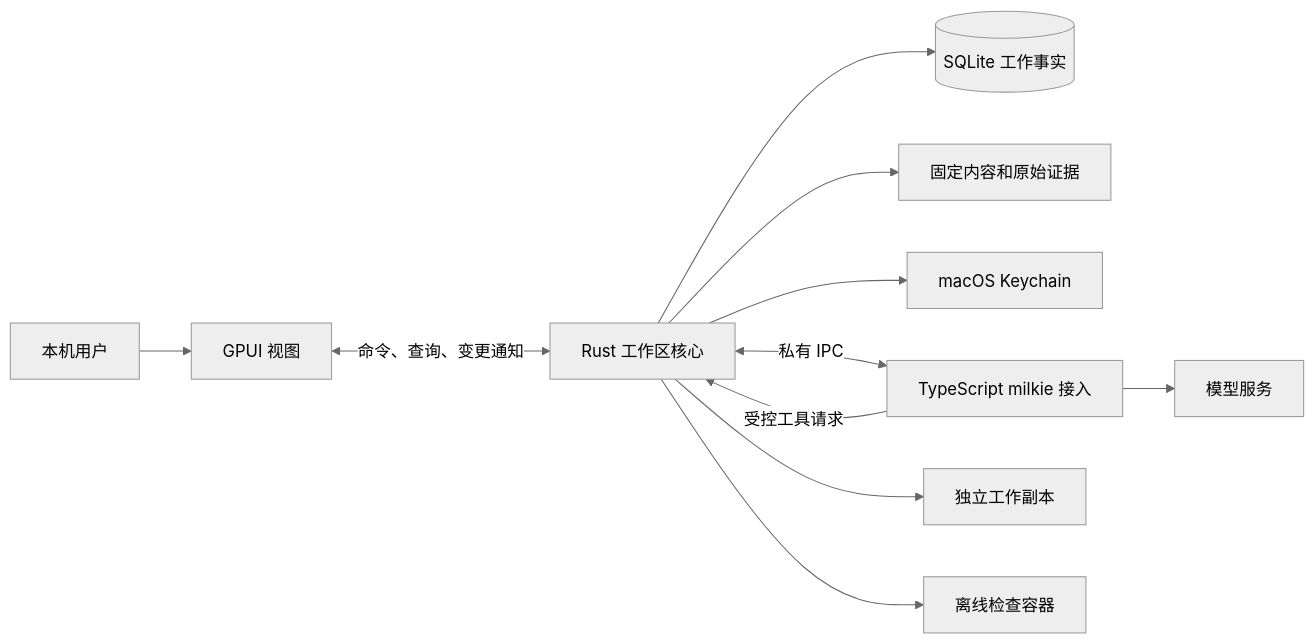
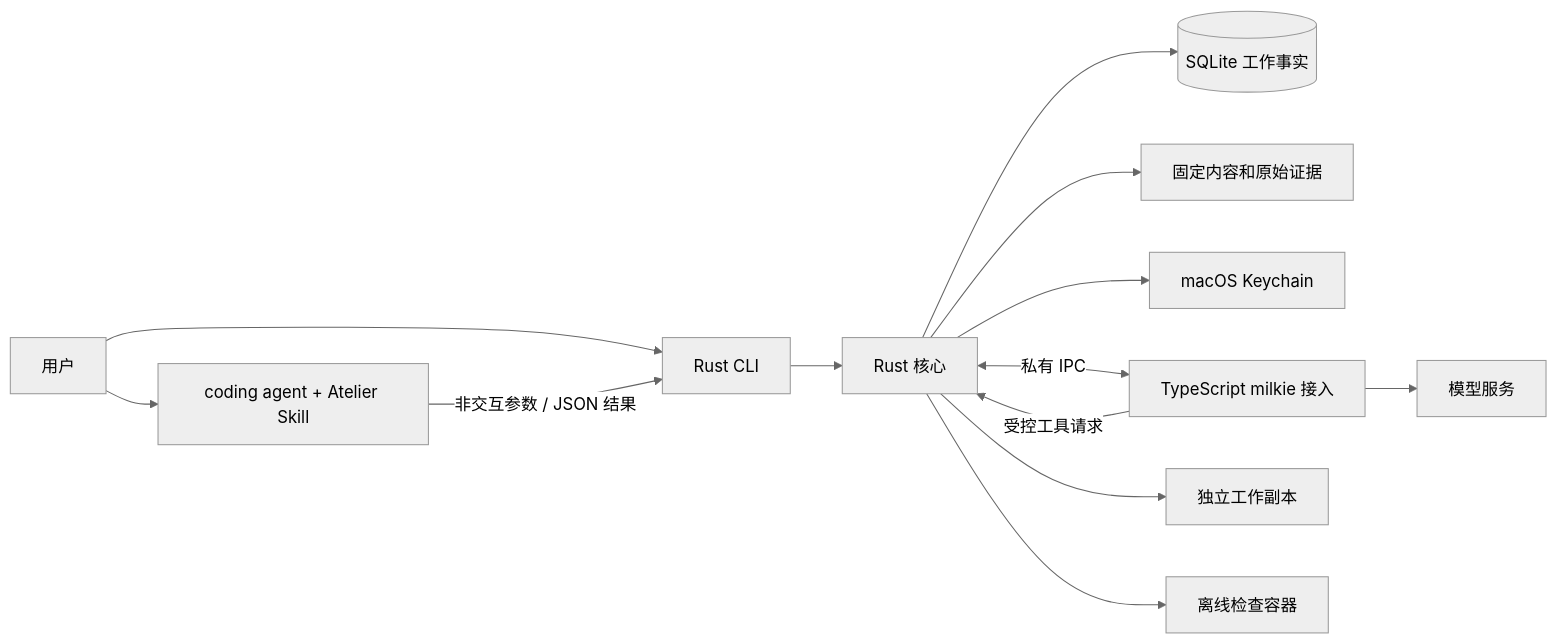
One commit to xforce-io/atelier changed the diagram in docs/design/1-first-team-delivery/technical.md. Above: the diagram before and after it, drawn with Mermaid (neutral theme). The commit also changed other lines of this file and 15 other files, not shown here.

Commit message:
【设计】首项交付改为 CLI 与 Skill，GPUI 后续实现

````diff
--- a/docs/design/1-first-team-delivery/technical.md
+++ b/docs/design/1-first-team-delivery/technical.md
@@ -21,13 +21,15 @@
 ```mermaid
 flowchart LR
-    U[本机用户] --> UI[GPUI 视图]
-    UI <-->|命令、查询、变更通知| C[Rust 工作区核心]
+    U[用户] --> S[coding agent + Atelier Skill]
+    U --> CLI[Rust CLI]
+    S -->|非交互参数 / JSON 结果| CLI
+    CLI --> C[Rust 核心]
     C --> DB[(SQLite 工作事实)]
     C --> O[固定内容和原始证据]
     C --> K[macOS Keychain]
     C <-->|私有 IPC| A[TypeScript milkie 接入]
     A --> M[模型服务]
     A -->|受控工具请求| C
     C --> W[独立工作副本]
     C --> V[离线检查容器]
 ```
````
